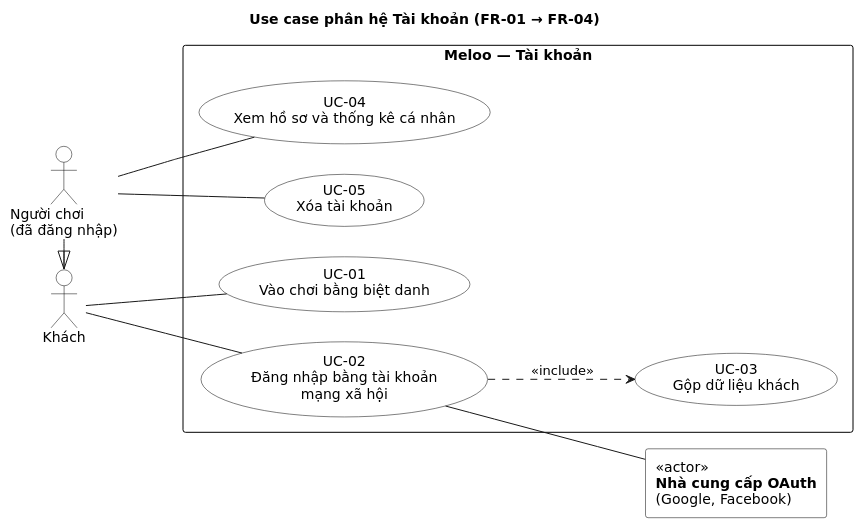
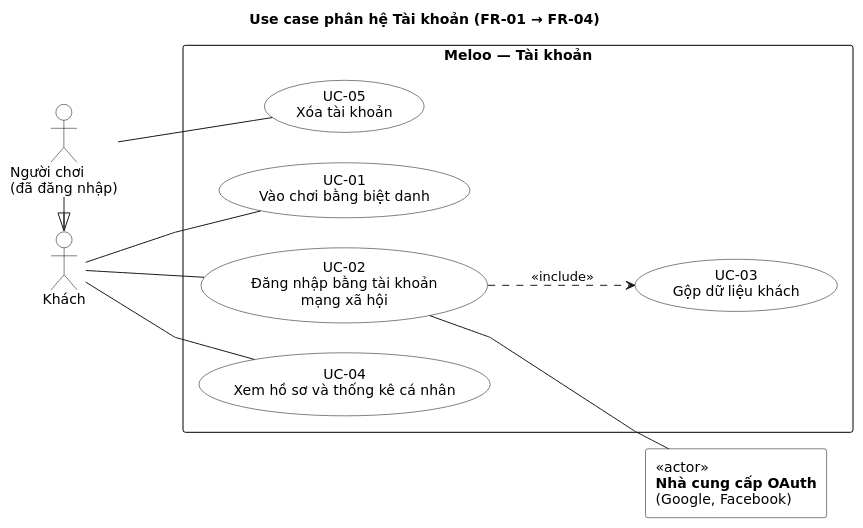
Before and after one commit to ThaiDevv/meloo: the diagram in docs/uml/usecase/uc-01-tai-khoan.puml, drawn with PlantUML. The commit also changed 12 other files, not shown here.

```diff
--- a/docs/uml/usecase/uc-01-tai-khoan.puml
+++ b/docs/uml/usecase/uc-01-tai-khoan.puml
@@ -1,39 +1,39 @@
 @startuml uc-01-tai-khoan
 title Use case phân hệ Tài khoản (FR-01 → FR-04)
 left to right direction
 skinparam shadowing false
 skinparam linetype polyline
 skinparam nodesep 30
 skinparam ranksep 80
 skinparam defaultFontName DejaVu Sans
 skinparam usecase {
   BackgroundColor white
   BorderColor black
 }
 skinparam actor {
   BackgroundColor white
   BorderColor black
 }
 skinparam rectangle {
   BackgroundColor white
   BorderColor black
 }
 
 actor "Khách" as Khach
 actor "Người chơi\n(đã đăng nhập)" as NguoiChoi
 NguoiChoi -|> Khach
 rectangle "<<actor>>\n**Nhà cung cấp OAuth**\n(Google, Facebook)" as OAuth
 rectangle "**Meloo — Tài khoản**" {
   usecase "UC-01\nVào chơi bằng biệt danh" as UC01
   usecase "UC-02\nĐăng nhập bằng tài khoản\nmạng xã hội" as UC02
   usecase "UC-03\nGộp dữ liệu khách" as UC03
   usecase "UC-04\nXem hồ sơ và thống kê cá nhân" as UC04
   usecase "UC-05\nXóa tài khoản" as UC05
 }
 Khach -- UC01
 Khach -- UC02
-NguoiChoi -- UC04
+Khach -- UC04
 NguoiChoi -- UC05
 UC02 ..> UC03 : <<include>>
 UC02 -- OAuth
 @enduml
```
